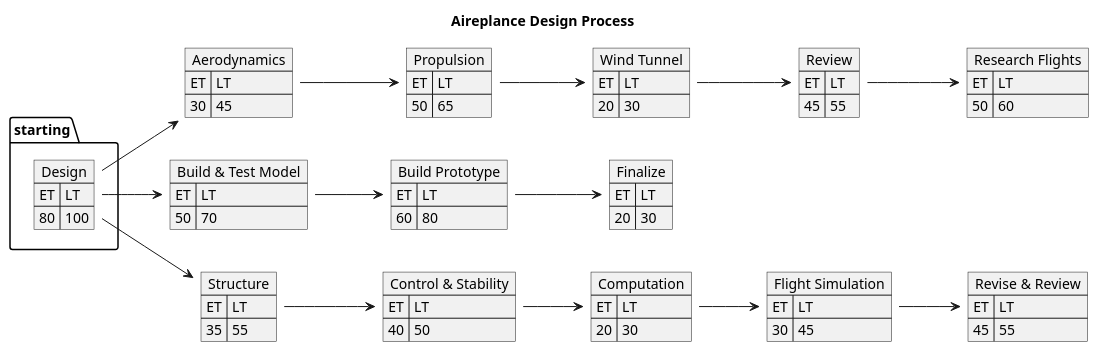
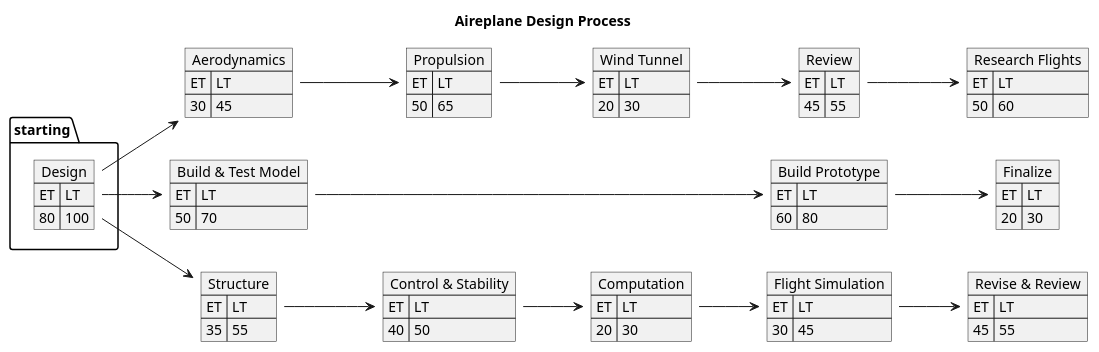
Before and after one commit to yasenstar/PlantUML_in_Action: the diagram in 04_object_diagram/04_07-3.puml, drawn with PlantUML. The commit also changed 7 other files, not shown here.

```diff
--- a/04_object_diagram/04_07-3.puml
+++ b/04_object_diagram/04_07-3.puml
@@ -1,85 +1,85 @@
 @startuml PERT
-title Aireplance Design Process
+title Aireplane Design Process
 left to right direction
 
 'defintion of tasks
 
 package starting {
     map "Design" as t1 {
     ET => LT
     80 => 100
     }
 }
 
 map "Aerodynamics" as t2 {
     ET => LT
     30 => 45
 }
 map "Propulsion" as t3 {
     ET => LT
     50 => 65
 }
 map "Wind Tunnel" as t4 {
     ET => LT
     20 => 30
 }
 map "Review" as t5 {
     ET => LT
     45 => 55
 }
 map "Research Flights" as t6 {
     ET => LT
     50 => 60
 }
 map "Build & Test Model" as t7 {
     ET => LT
     50 => 70
 }
 map "Build Prototype" as t8 {
     ET => LT
     60 => 80
 }
 map "Finalize" as t9 {
     ET => LT
     20 => 30
 }
 map "Structure" as t10 {
     ET => LT
     35 => 55
 }
 map "Control & Stability" as t11 {
     ET => LT
     40 => 50
 }
 map "Computation" as t12 {
     ET => LT
     20 => 30
 }
 map "Flight Simulation" as t13 {
     ET => LT
     30 => 45
 }
 map "Revise & Review" as t14 {
     ET => LT
     45 => 55
 }
 
 'relationships
 t1 --> t2
 t1 --> t7
 t1 --> t10
 
 t2 --> t3
 t3 --> t4
 t4 --> t5
 t5 --> t6
 
-t7 --> t8
+t7 ----> t8
 t8 --> t9
 
 t10 --> t11
 t11 --> t12
 t12 --> t13
 t13 --> t14
 
 @enduml
```
